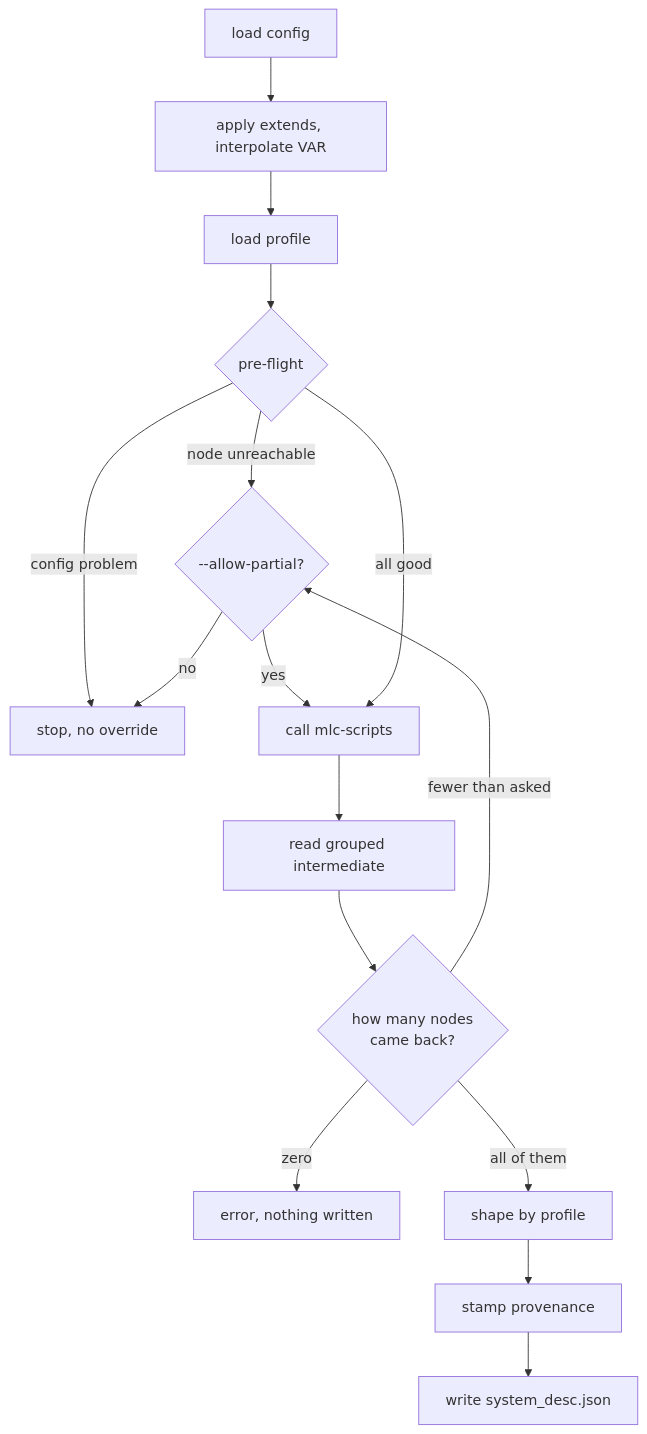
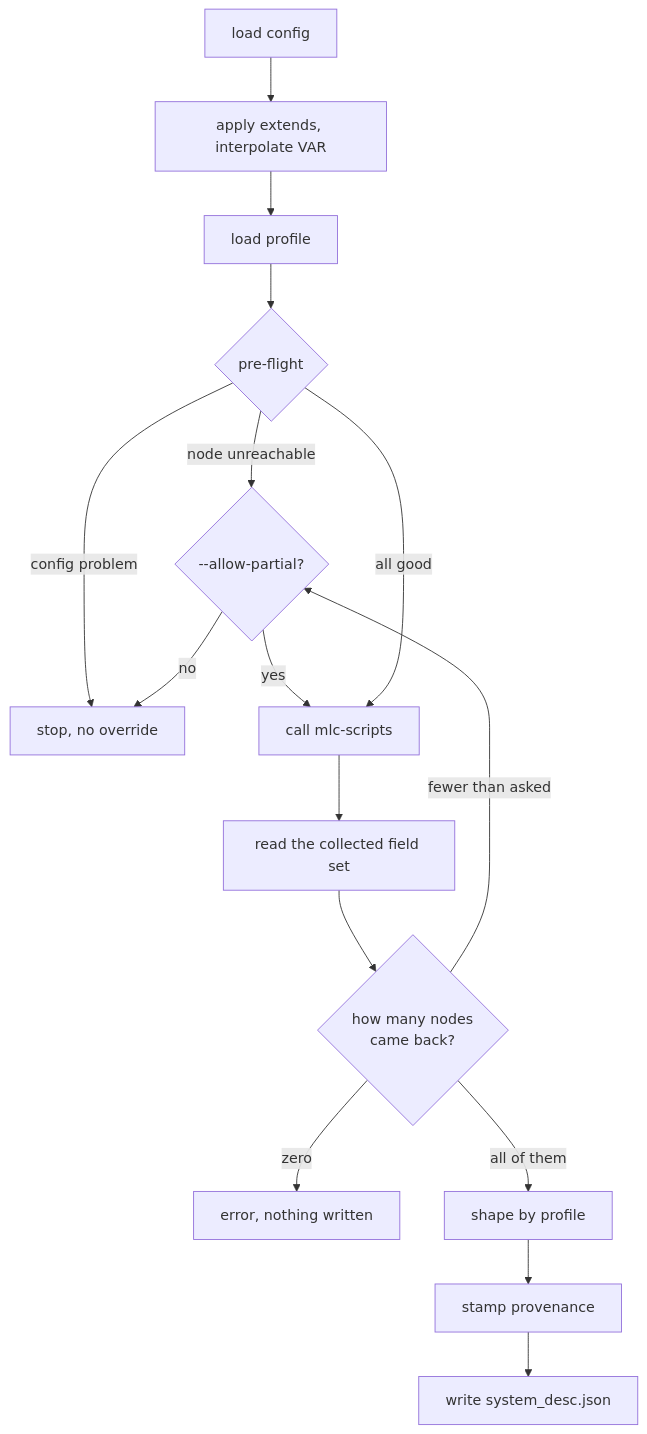
The second of 2 diagrams in docs/architecture.md (mlcommons/mlperf-sysinfo), drawn with Mermaid before and after one commit. The commit also changed other lines of this file and 25 other files, not shown here.

````diff
--- a/docs/architecture.md
+++ b/docs/architecture.md
@@ -50,18 +58,18 @@
 ```mermaid
 flowchart TD
     A[load config] --> B[apply extends, interpolate VAR]
     B --> C[load profile]
     C --> D{pre-flight}
     D -->|config problem| E[stop, no override]
     D -->|node unreachable| F{--allow-partial?}
     F -->|no| E
     F -->|yes| G
     D -->|all good| G[call mlc-scripts]
-    G --> H[read grouped intermediate]
+    G --> H[read the collected field set]
     H --> I{how many nodes<br/>came back?}
     I -->|zero| J[error, nothing written]
     I -->|fewer than asked| F
     I -->|all of them| K[shape by profile]
     K --> L[stamp provenance]
     L --> M[write system_desc.json]
 ```
````
